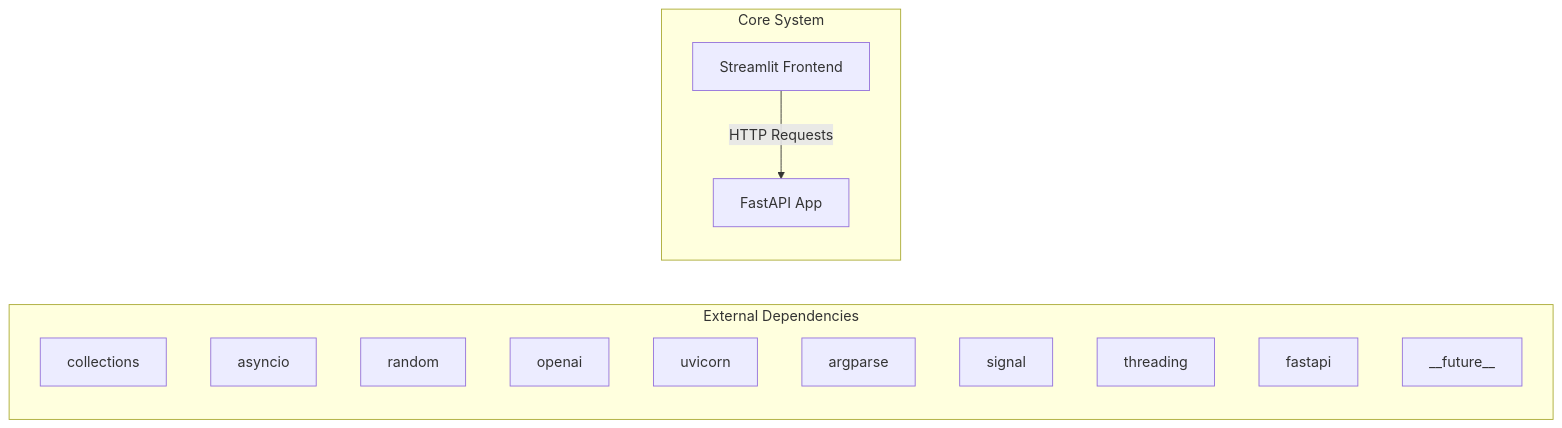
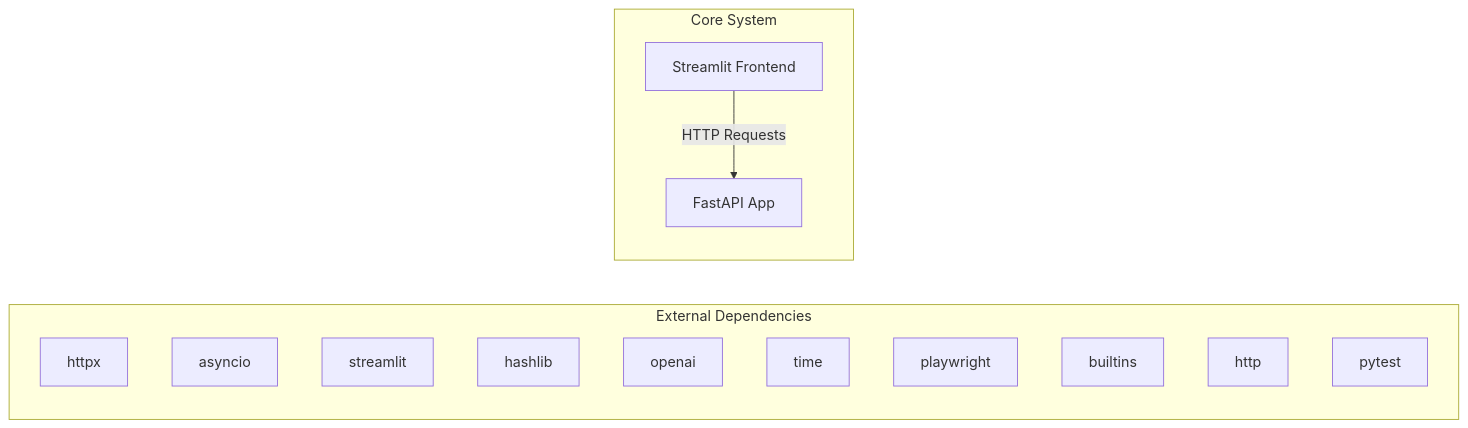
Before and after one commit to NITISH-R-G/rag-context-optimizer: the first of 2 diagrams in docs/architecture.md, drawn with Mermaid. The commit also changed 1 other file, not shown here.

Commit message:
docs: auto-update repository knowledge, architecture diagrams, and documentation

````diff
--- a/docs/architecture.md
+++ b/docs/architecture.md
@@ -7,20 +7,20 @@
 ```mermaid
 graph LR
     subgraph External Dependencies
-        E0["collections"]
+        E0["httpx"]
         E1["asyncio"]
-        E2["random"]
-        E3["openai"]
-        E4["uvicorn"]
-        E5["argparse"]
-        E6["signal"]
-        E7["threading"]
-        E8["fastapi"]
-        E9["__future__"]
+        E2["streamlit"]
+        E3["hashlib"]
+        E4["openai"]
+        E5["time"]
+        E6["playwright"]
+        E7["builtins"]
+        E8["http"]
+        E9["pytest"]
     end
     subgraph Core System
         API["FastAPI App"]
         UI["Streamlit Frontend"]
     end
     UI -->|HTTP Requests| API
 ```
````
